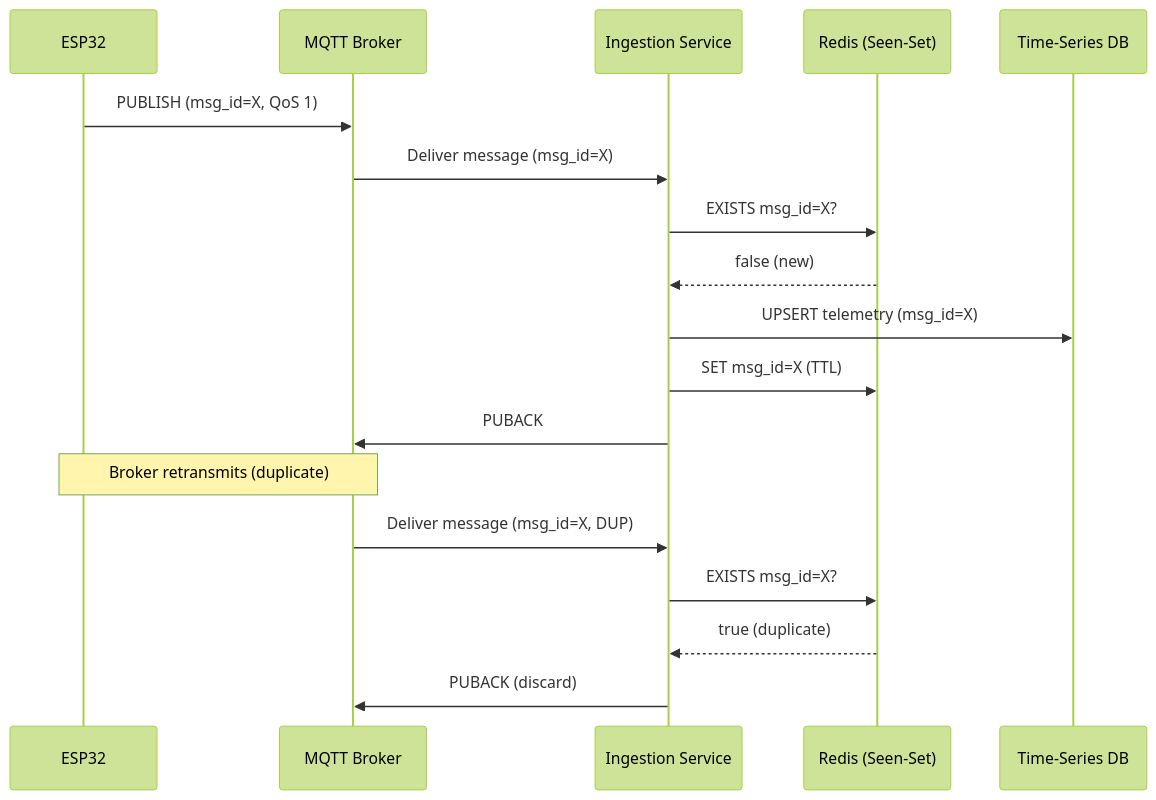
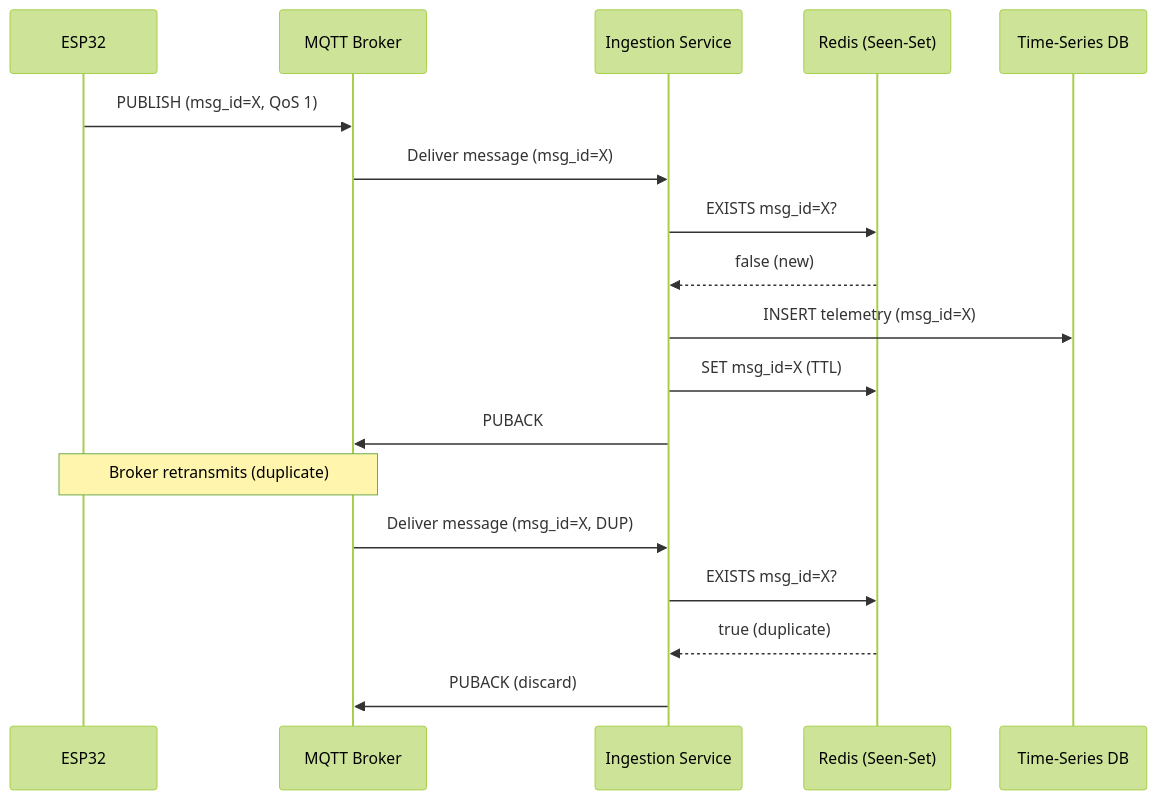
Before and after one commit to LukaIvekovic/iot-telemtry-processing: the third of 4 diagrams in architecture.md, drawn with Mermaid (forest theme). The commit also changed other lines of this file and 16 other files, not shown here.

````diff
--- a/architecture.md
+++ b/architecture.md
@@ -54,23 +61,23 @@
 ```mermaid
 sequenceDiagram
     participant ESP as ESP32
     participant Broker as MQTT Broker
     participant Svc as Ingestion Service
     participant Redis as Redis (Seen-Set)
     participant DB as Time-Series DB
 
     ESP->>Broker: PUBLISH (msg_id=X, QoS 1)
     Broker->>Svc: Deliver message (msg_id=X)
     Svc->>Redis: EXISTS msg_id=X?
     Redis-->>Svc: false (new)
-    Svc->>DB: UPSERT telemetry (msg_id=X)
+    Svc->>DB: INSERT telemetry (msg_id=X)
     Svc->>Redis: SET msg_id=X (TTL)
     Svc->>Broker: PUBACK
 
     Note over ESP,Broker: Broker retransmits (duplicate)
 
     Broker->>Svc: Deliver message (msg_id=X, DUP)
     Svc->>Redis: EXISTS msg_id=X?
     Redis-->>Svc: true (duplicate)
     Svc->>Broker: PUBACK (discard)
 ```
````
